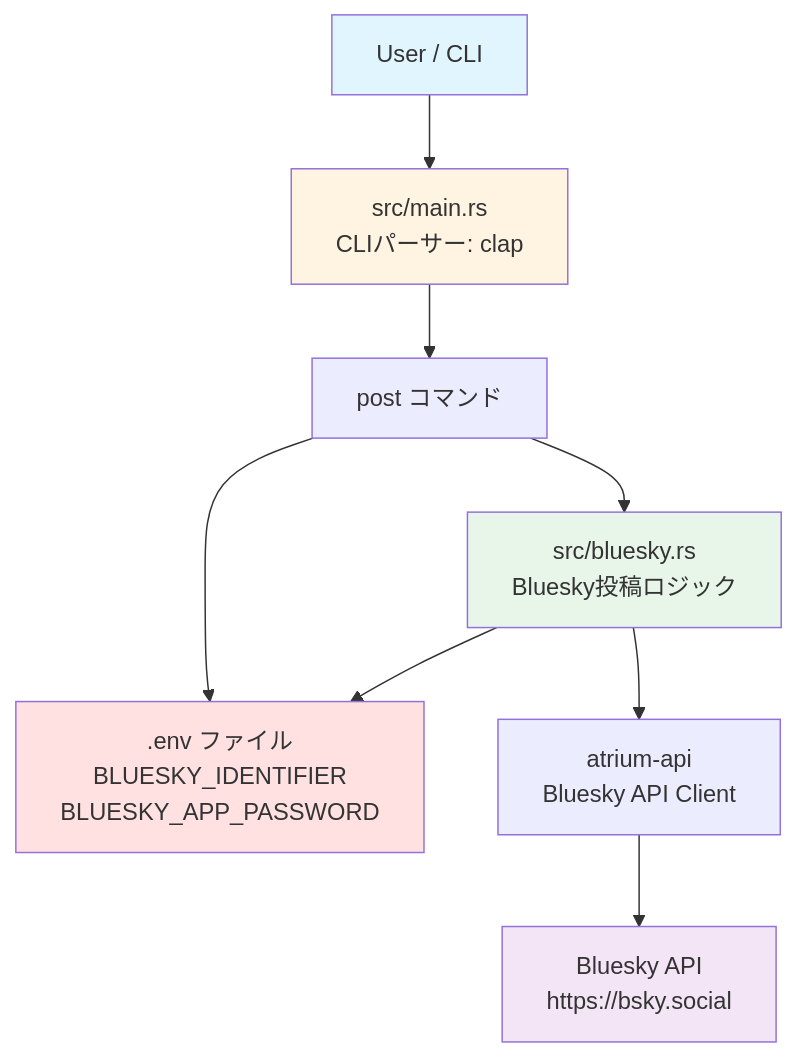
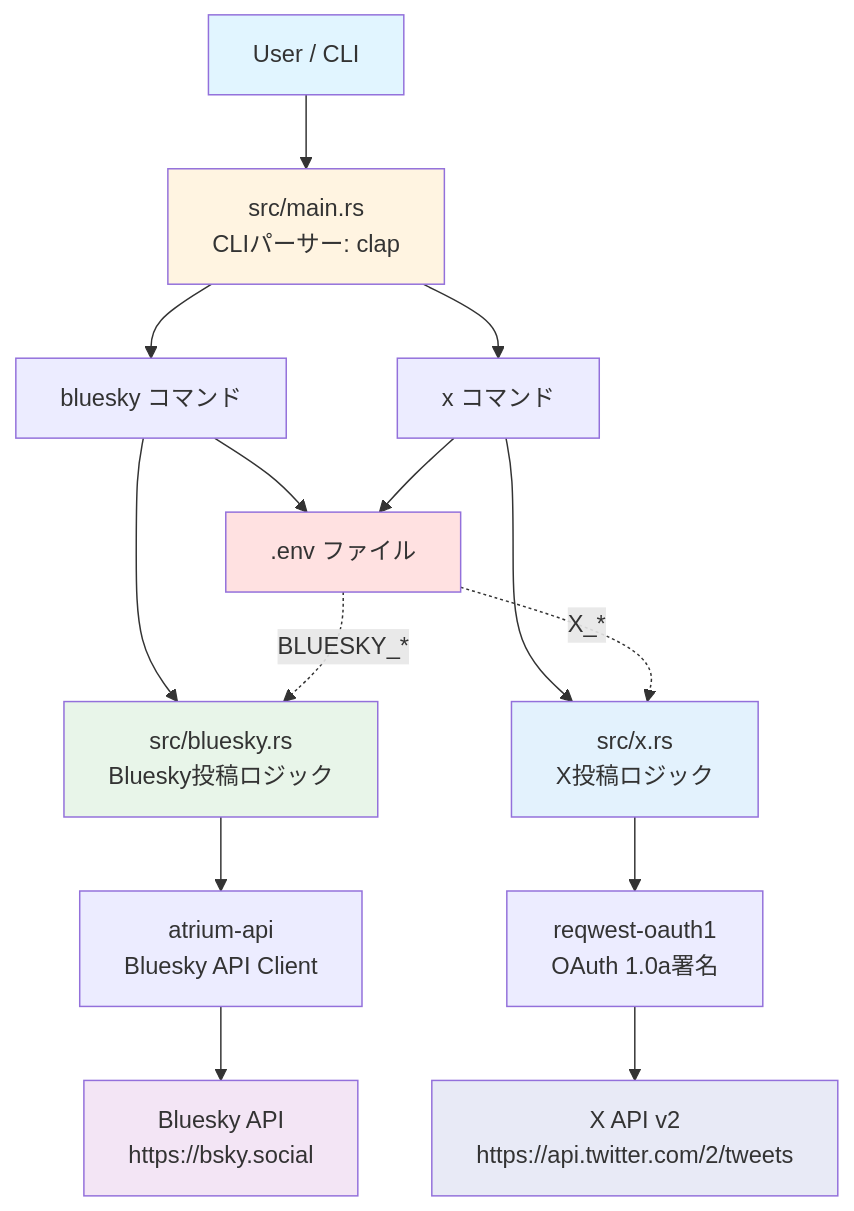
The first of 3 diagrams in docs/architecture.md (kskwtnk/social-cli), drawn with Mermaid before and after one commit. The commit also changed other lines of this file and 2 other files, not shown here.

````diff
--- a/docs/architecture.md
+++ b/docs/architecture.md
@@ -11,21 +11,30 @@
 ```mermaid
 graph TD
     User[User / CLI] --> Main[src/main.rs<br/>CLIパーサー: clap]
 
-    Main --> Post[post コマンド]
+    Main --> BlueskyCmd[bluesky コマンド]
+    Main --> XCmd[x コマンド]
 
-    Post --> Env[.env ファイル<br/>BLUESKY_IDENTIFIER<br/>BLUESKY_APP_PASSWORD]
+    BlueskyCmd --> Env[.env ファイル]
+    XCmd --> Env
 
-    Post --> Bluesky[src/bluesky.rs<br/>Bluesky投稿ロジック]
+    BlueskyCmd --> BlueskyMod[src/bluesky.rs<br/>Bluesky投稿ロジック]
+    XCmd --> XMod[src/x.rs<br/>X投稿ロジック]
 
-    Bluesky --> Env
-    Bluesky --> AtriumAPI[atrium-api<br/>Bluesky API Client]
+    BlueskyMod --> AtriumAPI[atrium-api<br/>Bluesky API Client]
+    XMod --> OAuth1[reqwest-oauth1<br/>OAuth 1.0a署名]
 
     AtriumAPI --> BlueskyAPI[Bluesky API<br/>https://bsky.social]
+    OAuth1 --> XAPI[X API v2<br/>https://api.twitter.com/2/tweets]
+
+    Env -.-> |BLUESKY_*| BlueskyMod
+    Env -.-> |X_*| XMod
 
     style User fill:#e1f5ff
     style Main fill:#fff4e1
-    style Bluesky fill:#e8f5e9
+    style BlueskyMod fill:#e8f5e9
+    style XMod fill:#e3f2fd
     style Env fill:#ffe1e1
     style BlueskyAPI fill:#f3e5f5
+    style XAPI fill:#e8eaf6
 ```
````
